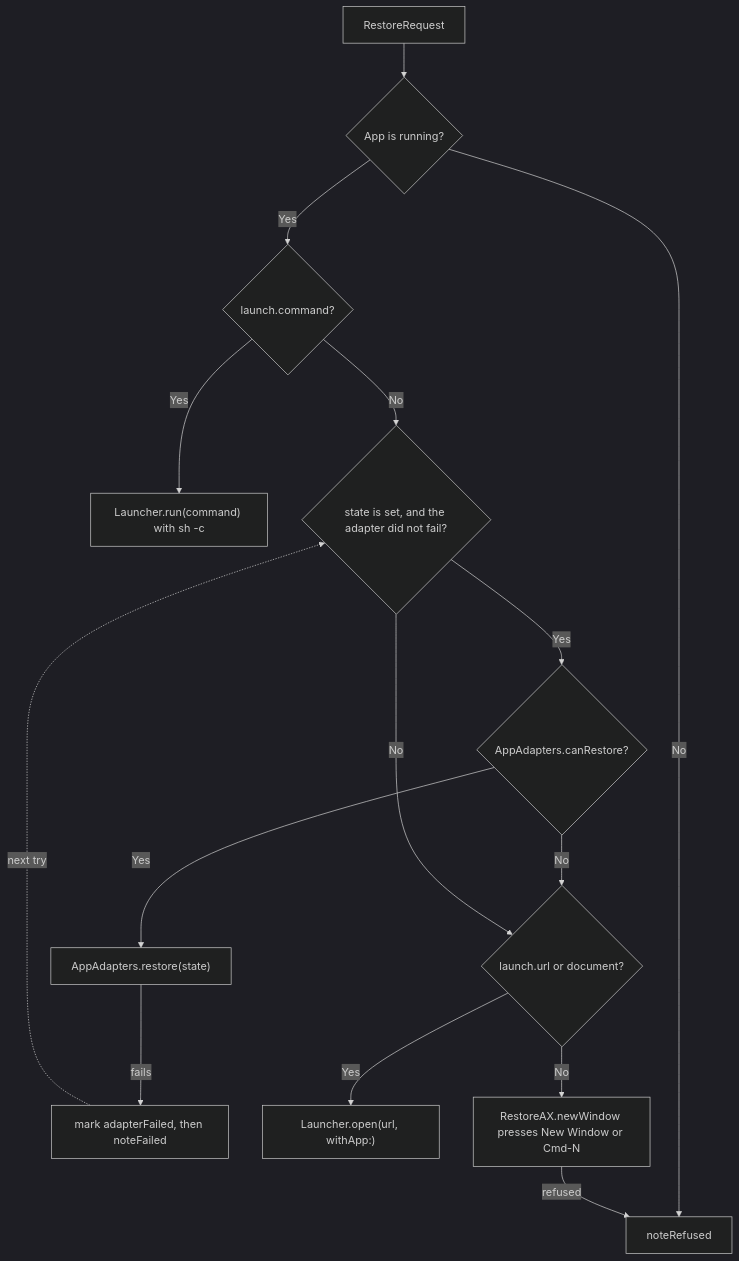
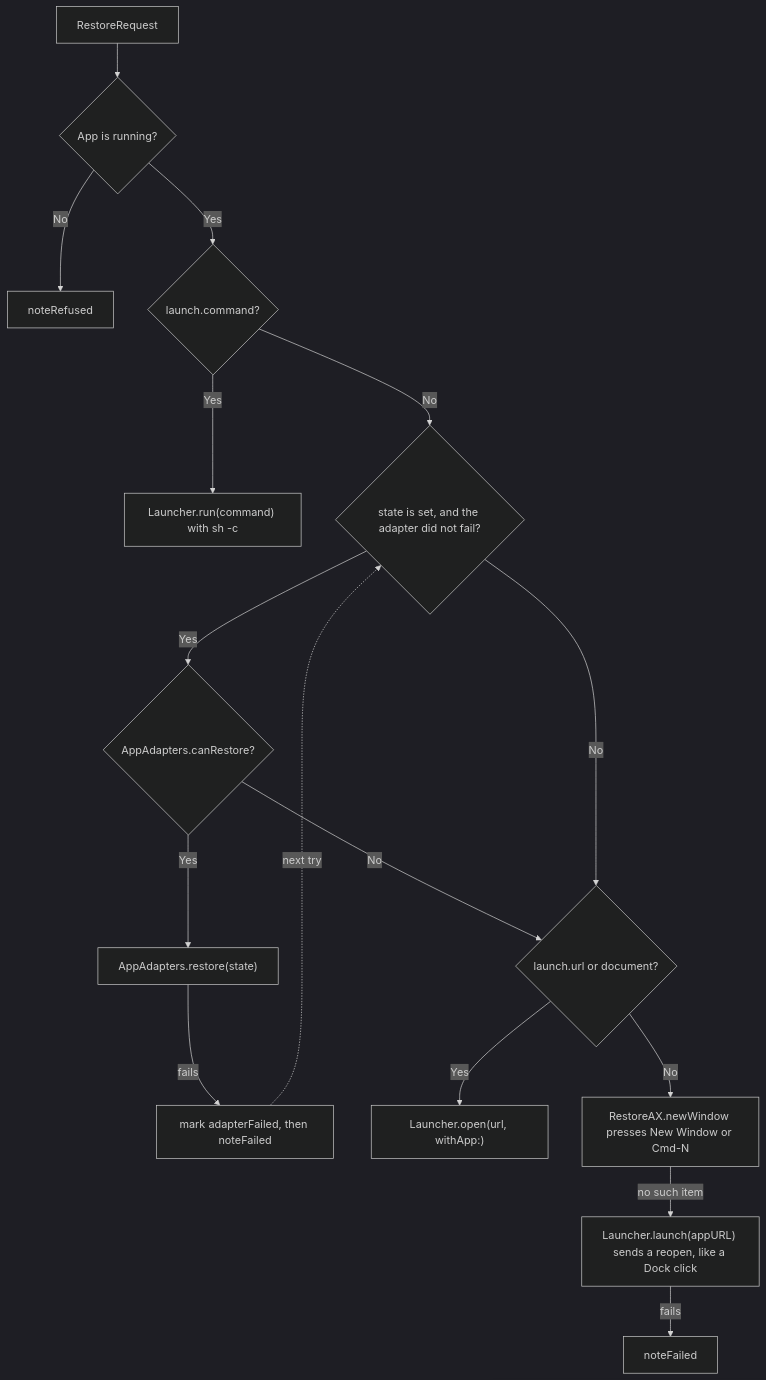
The ninth of 14 diagrams in docs/internals/window-session.md (ganya002/CatWM), drawn with Mermaid (dark theme) before and after one commit. The commit also changed other lines of this file and 1 other file, not shown here.

Commit message:
fix(templates): reopen apps that have no New Window command
Electron apps such as T3 Code have no New Window item and no Cmd-N, so a
template could not make their window. Send a reopen, like a Dock click,
and wait for the window.

````diff
--- a/docs/internals/window-session.md
+++ b/docs/internals/window-session.md
@@ -256,17 +256,18 @@
 ```mermaid
 flowchart TD
     Req["RestoreRequest"] --> Running{"App is running?"}
     Running -- No --> Refused["noteRefused"]
     Running -- Yes --> Cmd{"launch.command?"}
     Cmd -- Yes --> Shell["Launcher.run(command) with sh -c"]
     Cmd -- No --> HasState{"state is set, and the adapter did not fail?"}
     HasState -- Yes --> Can{"AppAdapters.canRestore?"}
     Can -- Yes --> Adapter["AppAdapters.restore(state)"]
     Adapter -- fails --> Mark["mark adapterFailed, then noteFailed"]
     Mark -.->|next try| HasState
     Can -- No --> Url
     HasState -- No --> Url{"launch.url or document?"}
     Url -- Yes --> Open["Launcher.open(url, withApp:)"]
     Url -- No --> Menu["RestoreAX.newWindow presses New Window or Cmd-N"]
-    Menu -- refused --> Refused
+    Menu -- no such item --> Reopen["Launcher.launch(appURL) sends a reopen, like a Dock click"]
+    Reopen -- fails --> Failed["noteFailed"]
 ```
````
